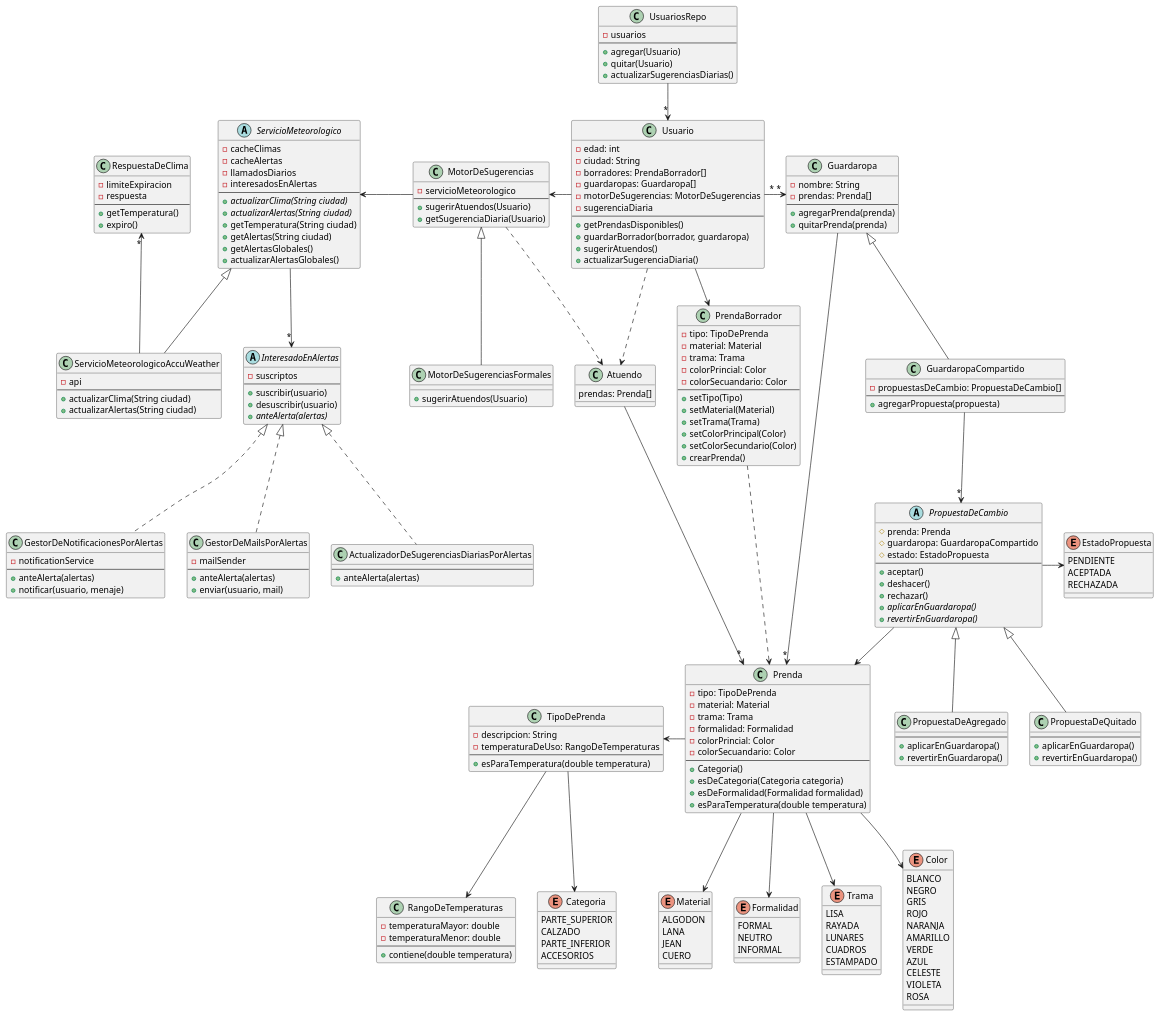
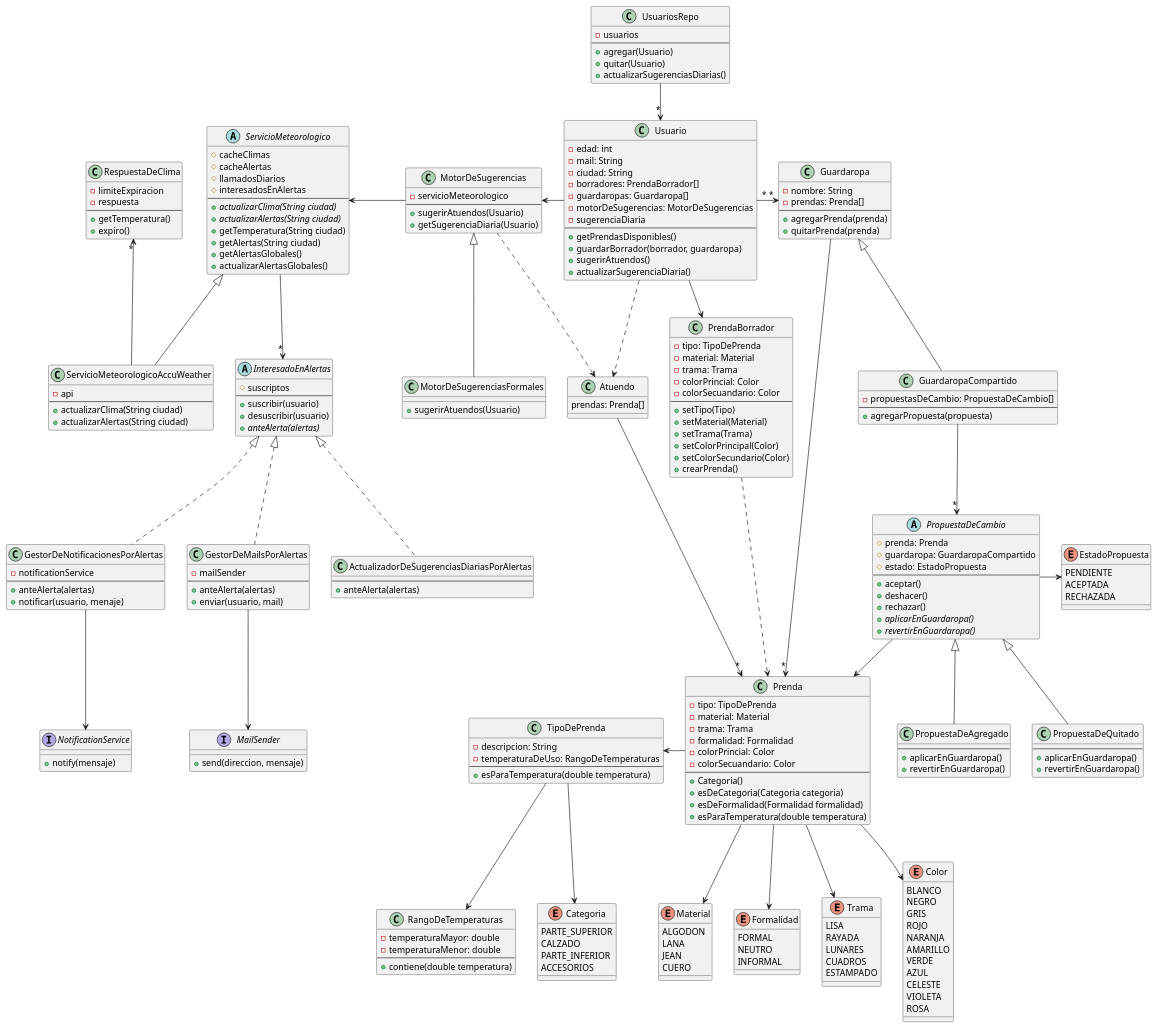
Before and after one commit to lrizzitano/tp-que-me-pongo: the diagram in src/Diagrama-Entidades.puml, drawn with PlantUML. The commit also changed 2 other files, not shown here.

```diff
--- a/src/Diagrama-Entidades.puml
+++ b/src/Diagrama-Entidades.puml
@@ -2,6 +2,7 @@
 
 class Usuario {
     - edad: int
+    - mail: String
     - ciudad: String
     - borradores: PrendaBorrador[]
     - guardaropas: Guardaropa[]
@@ -119,10 +120,10 @@
 }
 
 abstract class ServicioMeteorologico {
-    - cacheClimas
-    - cacheAlertas
-    - llamadosDiarios
-    - interesadosEnAlertas
+    # cacheClimas
+    # cacheAlertas
+    # llamadosDiarios
+    # interesadosEnAlertas
     --
     + {abstract} actualizarClima(String ciudad)
     + {abstract} actualizarAlertas(String ciudad)
@@ -133,7 +134,7 @@
 }
 
 abstract class InteresadoEnAlertas {
-    - suscriptos
+    # suscriptos
     --
     + suscribir(usuario)
     + desuscribir(usuario)
@@ -147,12 +148,19 @@
     + notificar(usuario, menaje)
 }
 
+interface NotificationService {
+    + notify(mensaje)
+}
+
 class GestorDeMailsPorAlertas {
     - mailSender
     --
     + anteAlerta(alertas)
-    'suscriptores.forEach(u -> if(alertas.get(u.getCiudad()).isNotEmpty()){ this.enviar(u, alertas.get(u.getCiudad()) })
     + enviar(usuario, mail)
+}
+
+interface MailSender {
+    + send(direccion, mensaje)
 }
 
 class ActualizadorDeSugerenciasDiariasPorAlertas {
@@ -265,7 +273,12 @@
 RespuestaDeClima -[hidden]r- ServicioMeteorologico
 
 ActualizadorDeSugerenciasDiariasPorAlertas .u.|> InteresadoEnAlertas
+
 GestorDeNotificacionesPorAlertas .u.|> InteresadoEnAlertas
+GestorDeNotificacionesPorAlertas --> NotificationService
+
 GestorDeMailsPorAlertas .u.|> InteresadoEnAlertas
+GestorDeMailsPorAlertas --> MailSender
+
 
 @enduml
```
